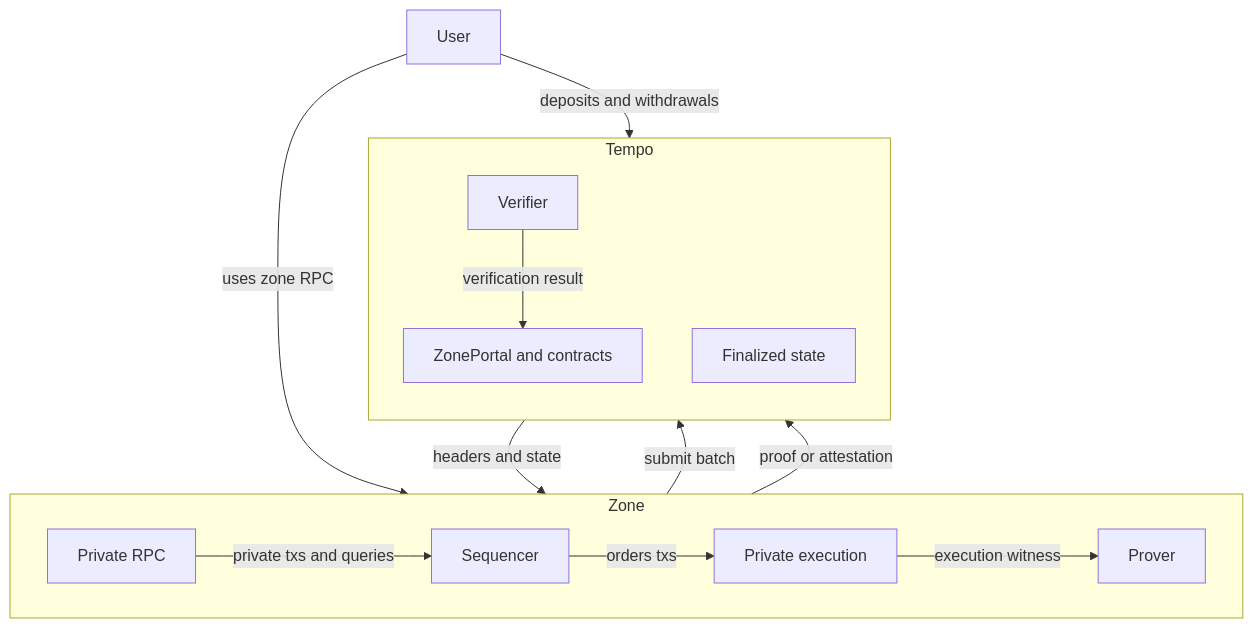
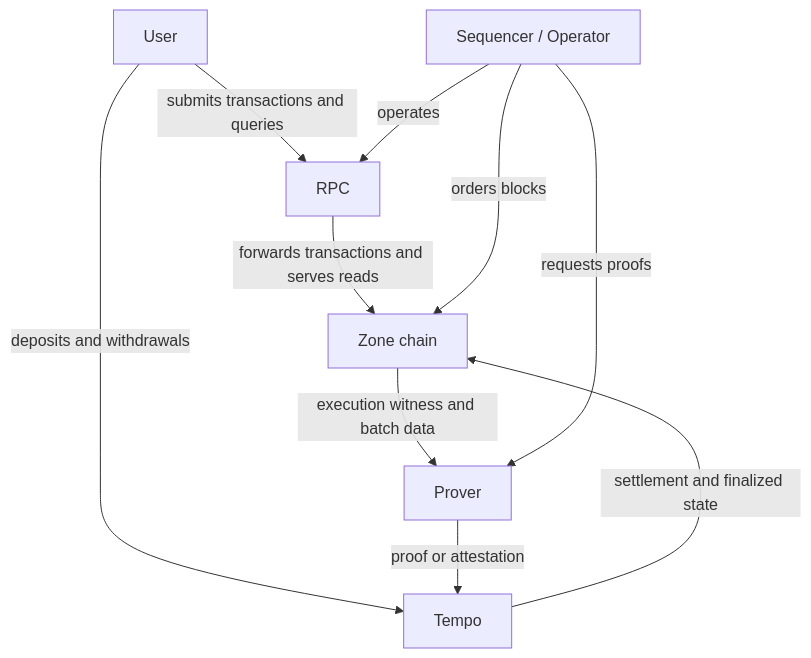
Before and after one commit to tempoxyz/zones: the first of 3 diagrams in docs/specs/privacy/overview.md, drawn with Mermaid. The commit also changed other lines of this file, not shown here.

Commit message:
docs: replace zones component diagram with schema
Refocus the overview's top-level diagram on the six core entities and their relationships so it serves as a clearer system schema before the contract-level details.

Made-with: Cursor

````diff
--- a/docs/specs/privacy/overview.md
+++ b/docs/specs/privacy/overview.md
@@ -37,29 +37,19 @@
 ```mermaid
 flowchart TB
     User["User"]
+    RPC["RPC"]
+    Sequencer["Sequencer / Operator"]
+    ZoneChain["Zone chain"]
+    Prover["Prover"]
+    Tempo["Tempo"]
 
-    subgraph Zone["Zone"]
-        direction LR
-        RPC["Private RPC"]
-        Sequencer["Sequencer"]
-        ZoneExec["Private execution"]
-        Prover["Prover"]
-        RPC -->|private txs and queries| Sequencer
-        Sequencer -->|orders txs| ZoneExec
-        ZoneExec -->|execution witness| Prover
-    end
-
-    subgraph Tempo["Tempo"]
-        direction TB
-        Portal["ZonePortal and contracts"]
-        Verifier["Verifier"]
-        TempoStateSrc["Finalized state"]
-        Verifier -->|verification result| Portal
-    end
-
-    User -->|uses zone RPC| RPC
-    User -->|deposits and withdrawals| Portal
-    TempoStateSrc -->|headers and state| Sequencer
-    Sequencer -->|submit batch| Portal
-    Prover -->|proof or attestation| Verifier
+    User -->|submits transactions and queries| RPC
+    User -->|deposits and withdrawals| Tempo
+    RPC -->|forwards transactions and serves reads| ZoneChain
+    Sequencer -->|operates| RPC
+    Sequencer -->|orders blocks| ZoneChain
+    ZoneChain -->|execution witness and batch data| Prover
+    Sequencer -->|requests proofs| Prover
+    Prover -->|proof or attestation| Tempo
+    Tempo -->|settlement and finalized state| ZoneChain
 ```
````
